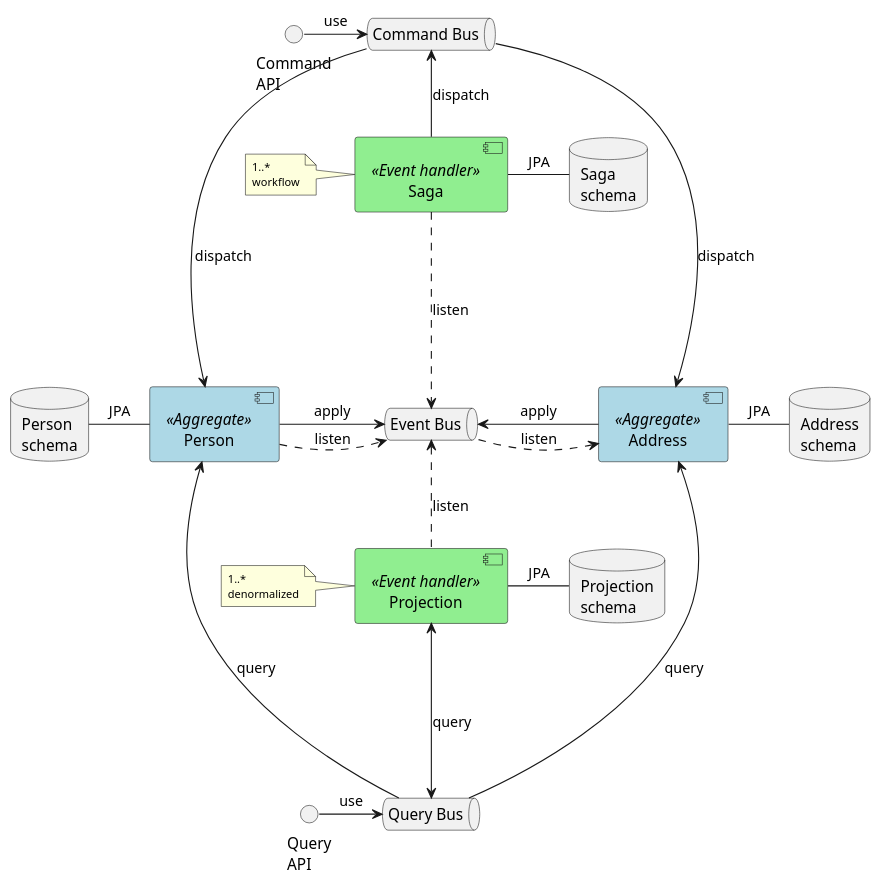
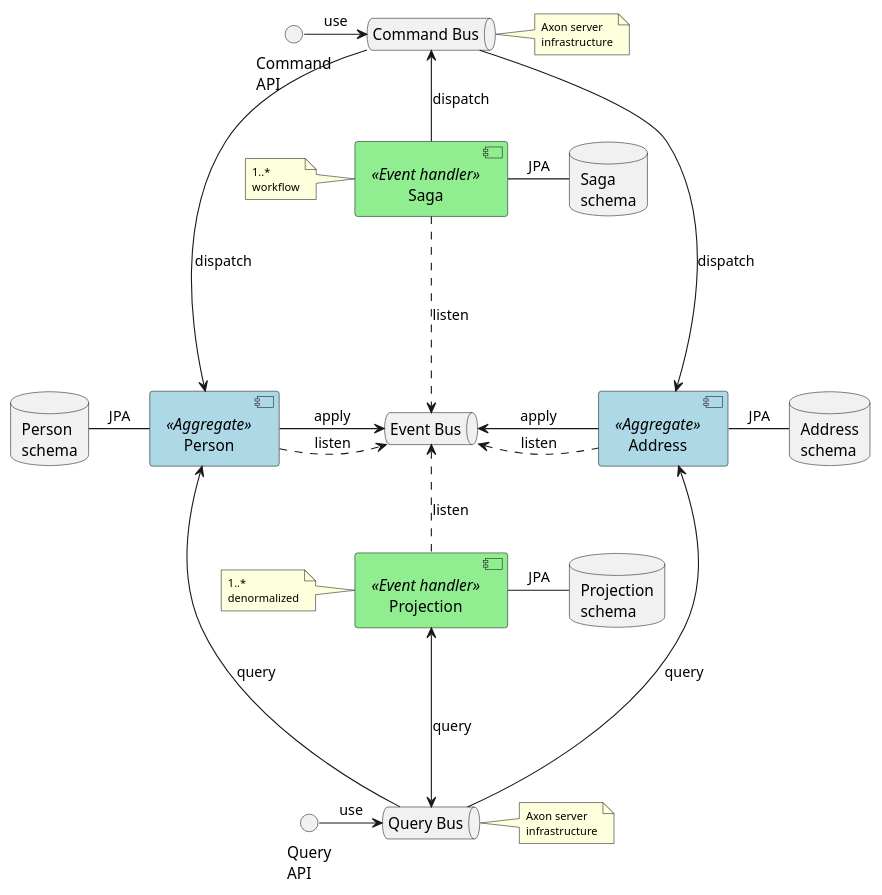
One commit to gushakov/axon-multi changed the diagram in cqrs.puml. Above: the diagram before and after it, drawn with PlantUML. The commit also changed 5 other files, not shown here.

```diff
--- a/cqrs.puml
+++ b/cqrs.puml
@@ -1,79 +1,89 @@
 @startuml
 
 skinparam component {
     backgroundColor<<Aggregate>> lightBlue
     backgroundColor<<Event handler>> lightGreen
 }
 
 skinparam noteFontSize 10
 
 component "Person" <<Aggregate>> as P
 database "Person\nschema" as PDB
 
 component "Address" <<Aggregate>> as A
 database "Address\nschema" as ADB
 
 queue "Event Bus" as E
 
 queue "Command Bus" as C
 
 queue "Query Bus" as Q
 
 interface "Command\nAPI" as CAPI
 interface "Query\nAPI" as QAPI
 
 component "Saga" <<Event handler>> as S
 database "Saga\nschema" as SDB
 
 component "Projection" <<Event handler>> as PR
 database "Projection\nschema" as PRDB
 
 
 CAPI -right-> C: "use"
 
 C --down--> P: "dispatch"
 
 C --down--> A: "dispatch"
 
 P -left- PDB: "JPA"
 
 A -right- ADB: "JPA"
 
 P -right-> E: "apply"
 
 E <.left. P: "listen"
 
 A -left-> E: "apply"
 
-E .right.> A: "listen"
+A .left.> E: "listen"
 
 S .down.> E: "listen"
 
 S -up-> C: "dispatch"
 
 S -right- SDB: "JPA"
 
 PR .up.> E: "listen"
 
 PR -right- PRDB: "JPA"
 
 Q --up--> A: "query"
 
 Q --up--> P: "query"
 
 Q <-up-> PR: "query"
 
 QAPI -right-> Q: "use"
 
 note left of PR
 1..*
 denormalized
 endnote
 
 note left of S
 1..*
 workflow
 endnote
 
+note right of C
+Axon server
+infrastructure
+endnote
+
+note right of Q
+Axon server
+infrastructure
+endnote
+
 
 @enduml
```
